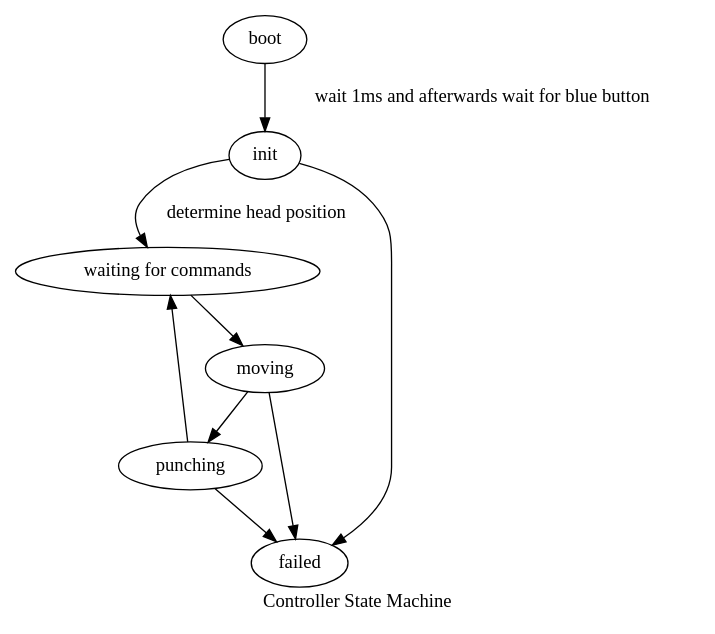
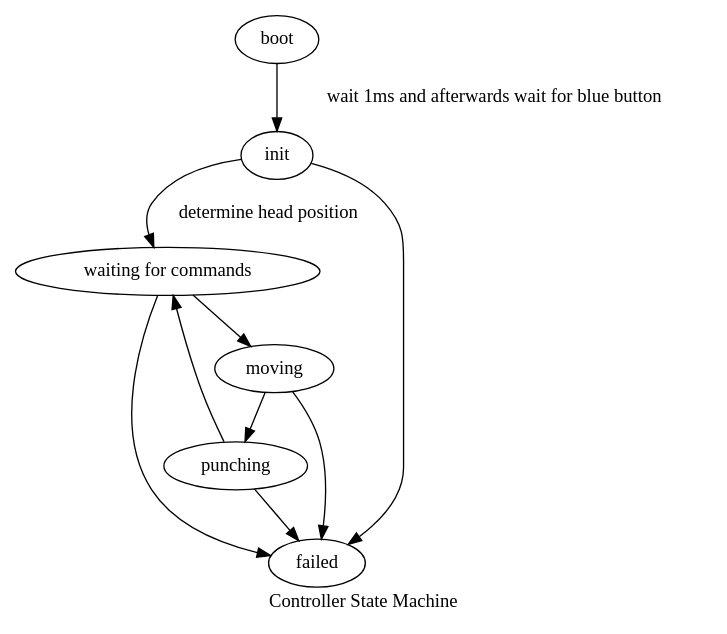
The diagram in state_machine.dot (vakabus/potential-pancake), drawn with Graphviz before and after one commit. The commit also changed 14 other files, not shown here.

```diff
--- a/state_machine.dot
+++ b/state_machine.dot
@@ -1,15 +1,16 @@
 digraph {
 	label = "Controller State Machine"
 
 	boot -> init [label = "wait 1ms and afterwards wait for blue button"];
 	init -> waiting [label = "determine head position"];
 	waiting -> moving;
 	moving -> punching;
 	punching -> waiting;
-
+	
+	waiting -> failed;
 	init -> failed;
 	moving -> failed;
 	punching -> failed;
 
 	waiting [label="waiting for commands"];
 }
```
